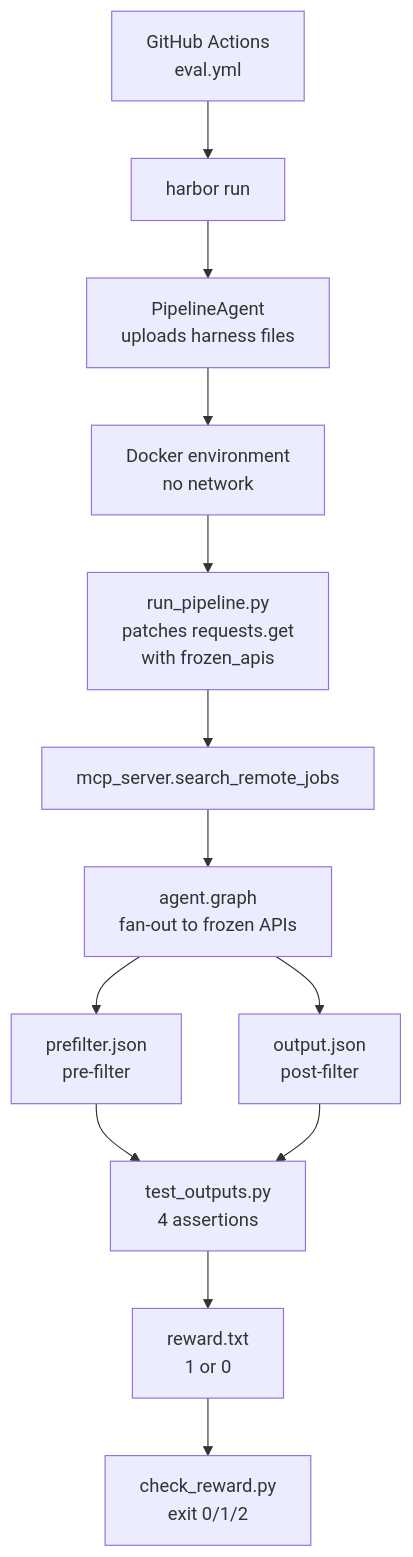
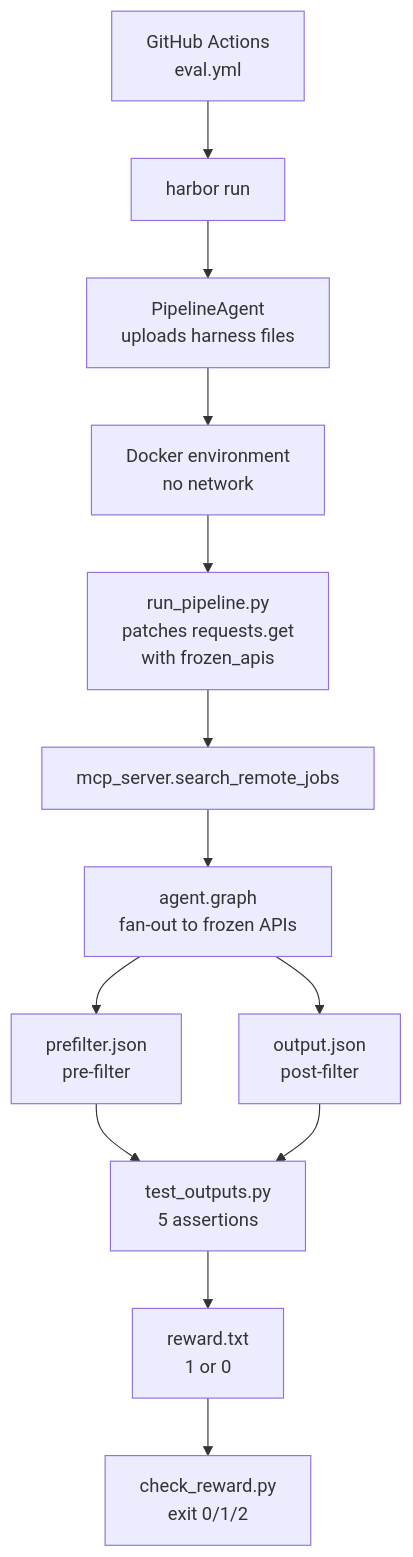
The diagram in openwiki/evals/harbor-eval.md (tsouk88/job-search-agent), drawn with Mermaid before and after one commit. The commit also changed other lines of this file and 36 other files, not shown here.

````diff
--- a/openwiki/evals/harbor-eval.md
+++ b/openwiki/evals/harbor-eval.md
@@ -28,15 +57,15 @@
 ```mermaid
 flowchart TD
     CI["GitHub Actions\neval.yml"] --> Harbor["harbor run"]
     Harbor --> Agent["PipelineAgent\nuploads harness files"]
     Agent --> Env["Docker environment\nno network"]
     Env --> Run["run_pipeline.py\npatches requests.get\nwith frozen_apis"]
     Run --> MCP["mcp_server.search_remote_jobs"]
     MCP --> Graph["agent.graph\nfan-out to frozen APIs"]
+    Graph --> Pre["prefilter.json\npre-filter"]
     Graph --> Output["output.json\npost-filter"]
-    Graph --> Pre["prefilter.json\npre-filter"]
-    Pre --> Verify["test_outputs.py\n4 assertions"]
+    Pre --> Verify["test_outputs.py\n5 assertions"]
     Output --> Verify
     Verify --> Reward["reward.txt\n1 or 0"]
     Reward --> Check["check_reward.py\nexit 0/1/2"]
 ```
````
